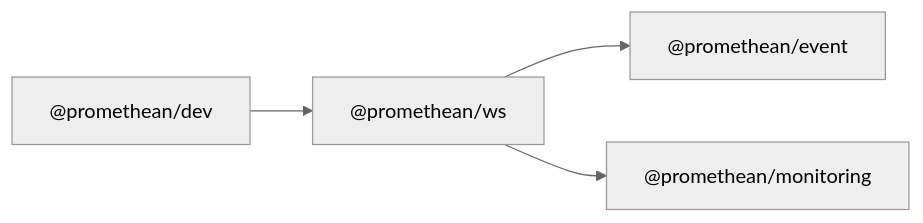
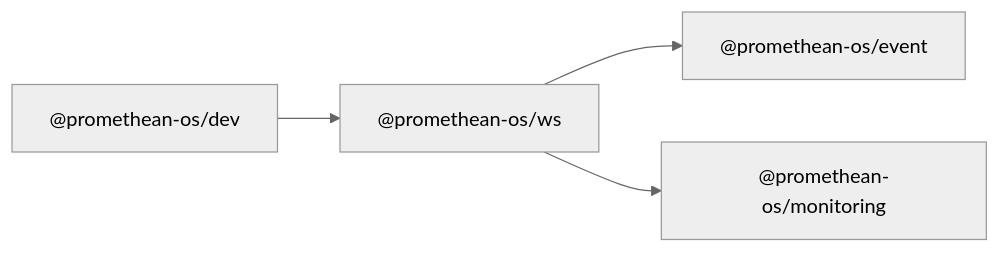
The diagram in docs/packages/ws/README.md (octave-commons/promethean), drawn with Mermaid (neutral theme) before and after one commit. The commit also changed other lines of this file and 1753 other files, not shown here.

````diff
--- a/docs/packages/ws/README.md
+++ b/docs/packages/ws/README.md
@@ -14,13 +14,13 @@
 ```mermaid
 graph LR
-  A["@promethean/ws"]
-  D1["@promethean/event"]
-  D2["@promethean/monitoring"]
-  R1["@promethean/dev"]
-  A --> D1["@promethean/event"]
-  A --> D2["@promethean/monitoring"]
-  R1["@promethean/dev"] --> A
-  click D1 "../event/README.md" "@promethean/event"
-  click D2 "../monitoring/README.md" "@promethean/monitoring"
-  click R1 "../dev/README.md" "@promethean/dev"
+  A["@promethean-os/ws"]
+  D1["@promethean-os/event"]
+  D2["@promethean-os/monitoring"]
+  R1["@promethean-os/dev"]
+  A --> D1["@promethean-os/event"]
+  A --> D2["@promethean-os/monitoring"]
+  R1["@promethean-os/dev"] --> A
+  click D1 "../event/README.md" "@promethean-os/event"
+  click D2 "../monitoring/README.md" "@promethean-os/monitoring"
+  click R1 "../dev/README.md" "@promethean-os/dev"
 ```
````
